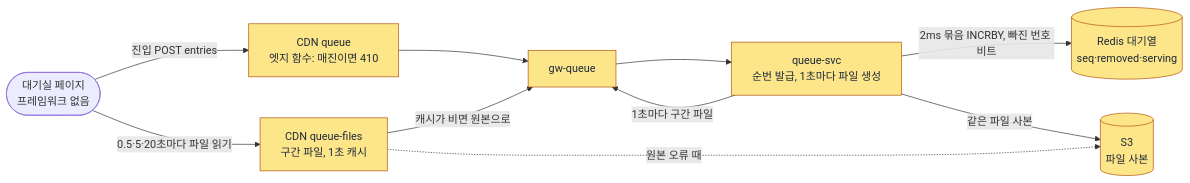
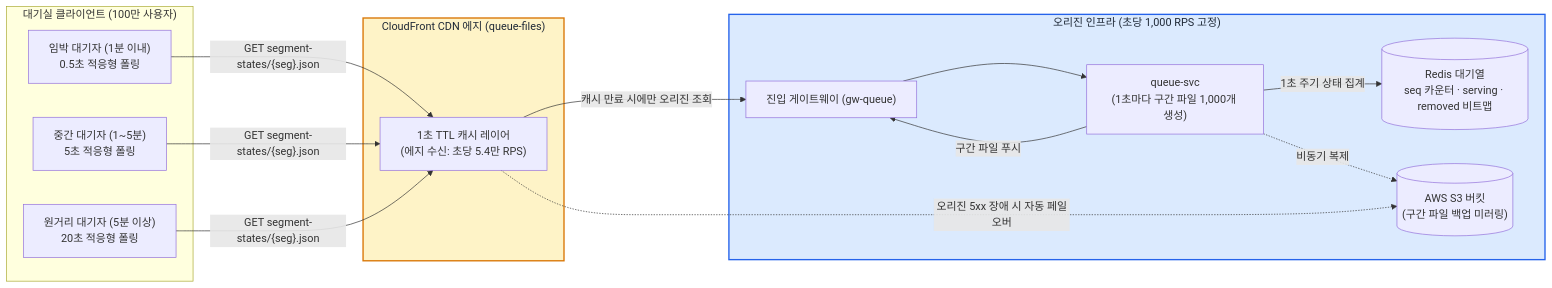
Before and after one commit to peaket/peaket: the fifth of 18 diagrams in docs/walkthrough/01-system-design.md, drawn with Mermaid. The commit also changed other lines of this file and 77 other files, not shown here.

````diff
--- a/docs/walkthrough/01-system-design.md
+++ b/docs/walkthrough/01-system-design.md
@@ -381,20 +584,36 @@
 ```mermaid
 flowchart LR
-    room(["대기실 페이지<br/>프레임워크 없음"])
-    files["CDN queue-files<br/>구간 파일, 1초 캐시"]:::new
-    qapi["CDN queue<br/>엣지 함수: 매진이면 410"]:::new
-    gwq["gw-queue"]:::new
-    qsvc["queue-svc<br/>순번 발급, 1초마다 파일 생성"]:::new
-    qredis[("Redis 대기열<br/>seq·removed·serving")]:::new
-    s3[("S3<br/>파일 사본")]:::new
-    room -->|"진입 POST entries"| qapi
-    qapi --> gwq
+    subgraph Clients["대기실 클라이언트 (100만 사용자)"]
+        room1["임박 대기자 (1분 이내)<br/>0.5초 적응형 폴링"]
+        room2["중간 대기자 (1~5분)<br/>5초 적응형 폴링"]
+        room3["원거리 대기자 (5분 이상)<br/>20초 적응형 폴링"]
+    end
+
+    subgraph Edge["CloudFront CDN 에지 (queue-files)"]
+        cache["1초 TTL 캐시 레이어<br/>(에지 수신: 초당 5.4만 RPS)"]
+    end
+
+    subgraph Origin["오리진 인프라 (초당 1,000 RPS 고정)"]
+        gwq["진입 게이트웨이 (gw-queue)"]
+        qsvc["queue-svc<br/>(1초마다 구간 파일 1,000개 생성)"]
+        qredis[("Redis 대기열<br/>seq 카운터 · serving · removed 비트맵")]
+        s3[("AWS S3 버킷<br/>(구간 파일 백업 미러링)")]
+    end
+
+    room1 -->|"GET segment-states/{seg}.json"| cache
+    room2 -->|"GET segment-states/{seg}.json"| cache
+    room3 -->|"GET segment-states/{seg}.json"| cache
+
+    cache -->|"캐시 만료 시에만 오리진 조회"| gwq
     gwq --> qsvc
-    qsvc -->|"2ms 묶음 INCRBY, 빠진 번호 비트"| qredis
-    qsvc -->|"1초마다 구간 파일"| gwq
-    qsvc -->|"같은 파일 사본"| s3
-    room -->|"0.5·5·20초마다 파일 읽기"| files
-    files -->|"캐시가 비면 원본으로"| gwq
-    files -.->|"원본 오류 때"| s3
-    classDef new fill:#fde68a,stroke:#b45309,color:#1f2937
+    qsvc -->|"1초 주기 상태 집계"| qredis
+    qsvc -->|"구간 파일 푸시"| gwq
+    qsvc -.->|"비동기 복제"| s3
+
+    cache -.->|"오리진 5xx 장애 시 자동 페일오버"| s3
+
+    classDef edgeNode fill:#fef3c7,stroke:#d97706,stroke-width:2px,color:#1f2937
+    classDef originNode fill:#dbeafe,stroke:#2563eb,stroke-width:2px,color:#1f2937
+    class Edge edgeNode
+    class Origin originNode
 ```
````
